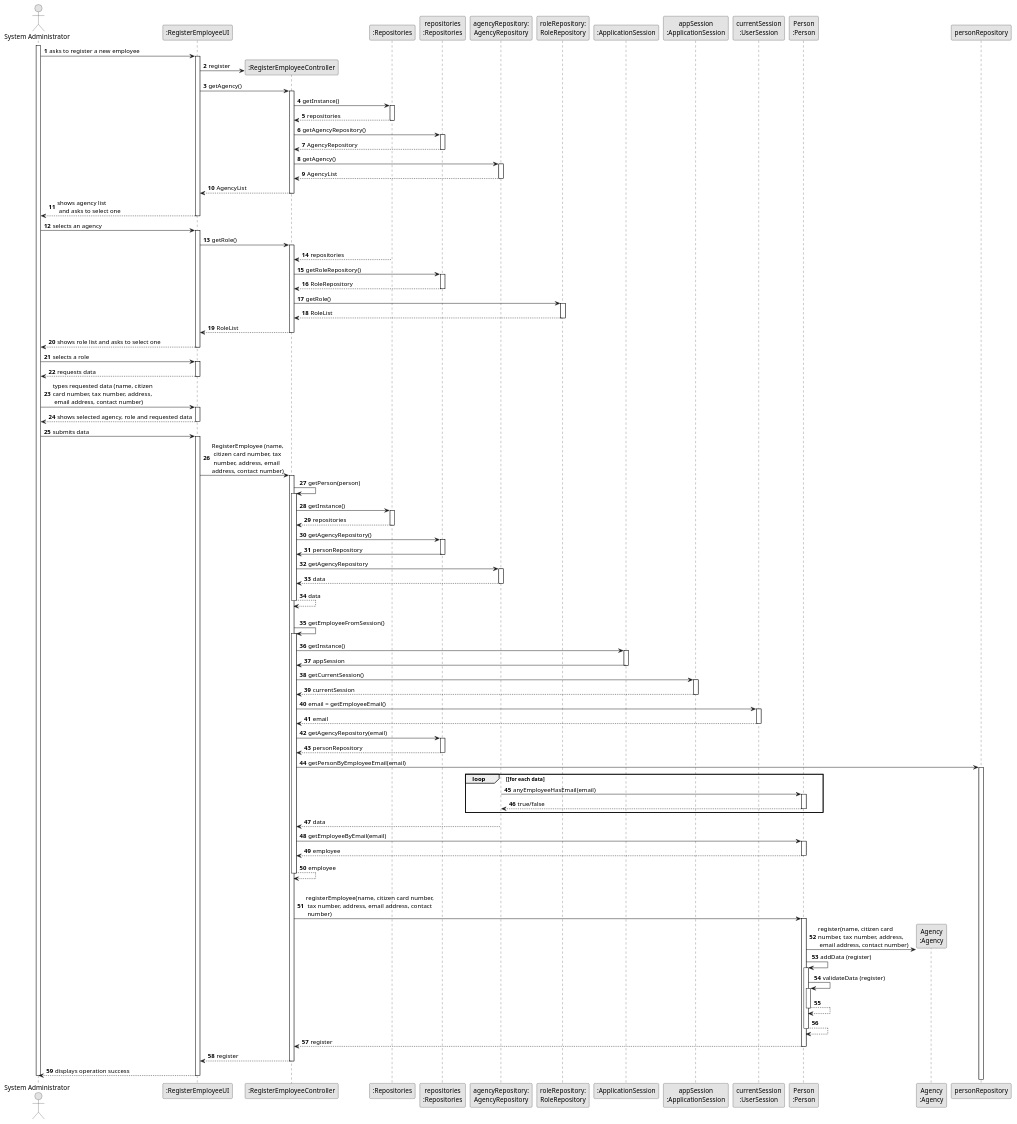
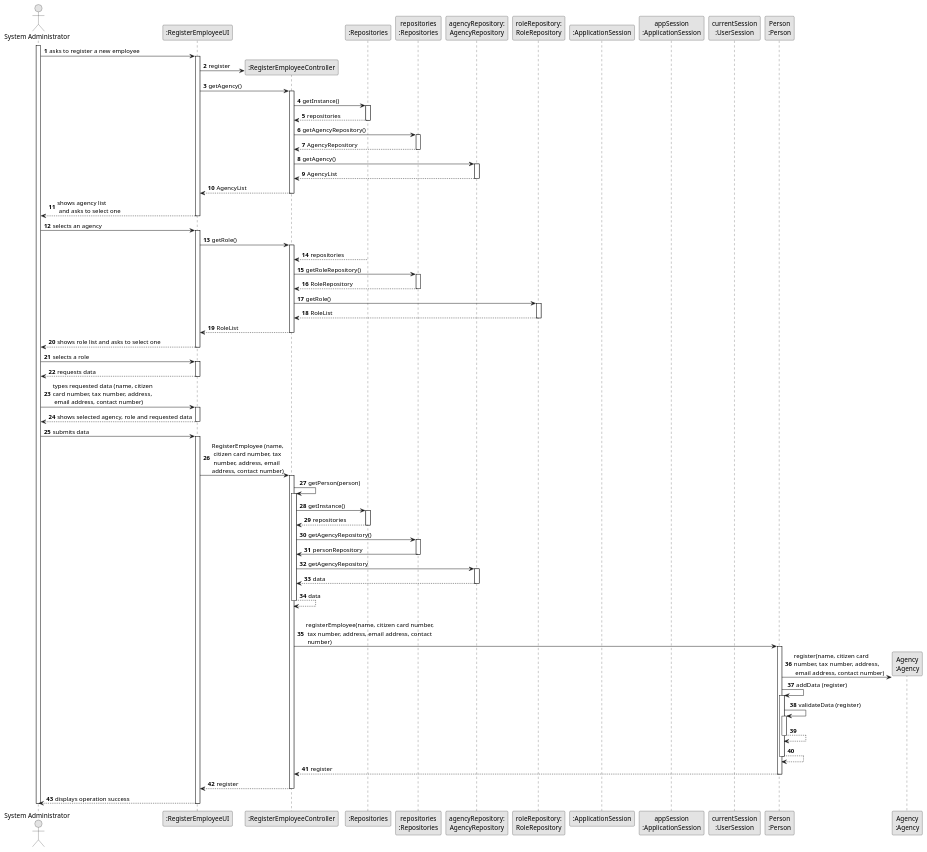
One commit to rita-barbosa/LAPR2-2223 changed the diagram in docs/sprintB/us003/03.design/puml/us003-sequence-diagram-full.puml. Above: the diagram before and after it, drawn with PlantUML.

Commit message:
Update SD [US3][Design]

```diff
--- a/docs/sprintB/us003/03.design/puml/us003-sequence-diagram-full.puml
+++ b/docs/sprintB/us003/03.design/puml/us003-sequence-diagram-full.puml
@@ -128,58 +128,6 @@
             deactivate CTRL
 
             |||
-            CTRL -> CTRL : getEmployeeFromSession()
-            activate CTRL
-
-                CTRL -> _APP: getInstance()
-                activate _APP
-                    _APP -> CTRL: appSession
-                deactivate _APP
-
-
-                CTRL -> APP: getCurrentSession()
-                activate APP
-
-                    APP --> CTRL: currentSession
-                deactivate APP
-
-                CTRL -> SESSAO: email = getEmployeeEmail()
-                activate SESSAO
-
-                    SESSAO --> CTRL: email
-                deactivate SESSAO
-
-
-                CTRL -> PLAT: getAgencyRepository(email)
-                activate PLAT
-
-                    PLAT --> CTRL: personRepository
-                deactivate PLAT
-
-
-                CTRL -> personRepository: getPersonByEmployeeEmail(email)
-                activate personRepository
-
-                    loop [for each data
-                        AgencyRepository -> PERSON : anyEmployeeHasEmail(email)
-                        activate PERSON
-
-                             PERSON --> AgencyRepository : true/false
-                        deactivate PERSON
-                    end
-                    AgencyRepository --> CTRL : data
-                deactivate AgencyRepository
-
-                CTRL -> PERSON: getEmployeeByEmail(email)
-                activate PERSON
-
-                    PERSON --> CTRL : employee
-                deactivate PERSON
-
-                CTRL --> CTRL : employee
-            deactivate CTRL
-
-            |||
             CTRL -> PERSON: registerEmployee(name, citizen card number,\n tax number, address, email address, contact\n number)
             activate PERSON
 
```
